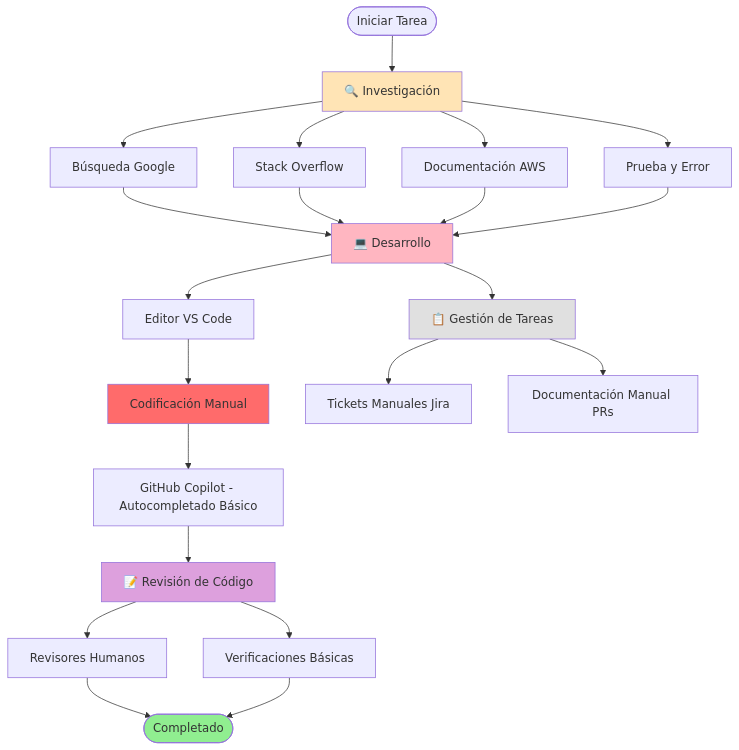
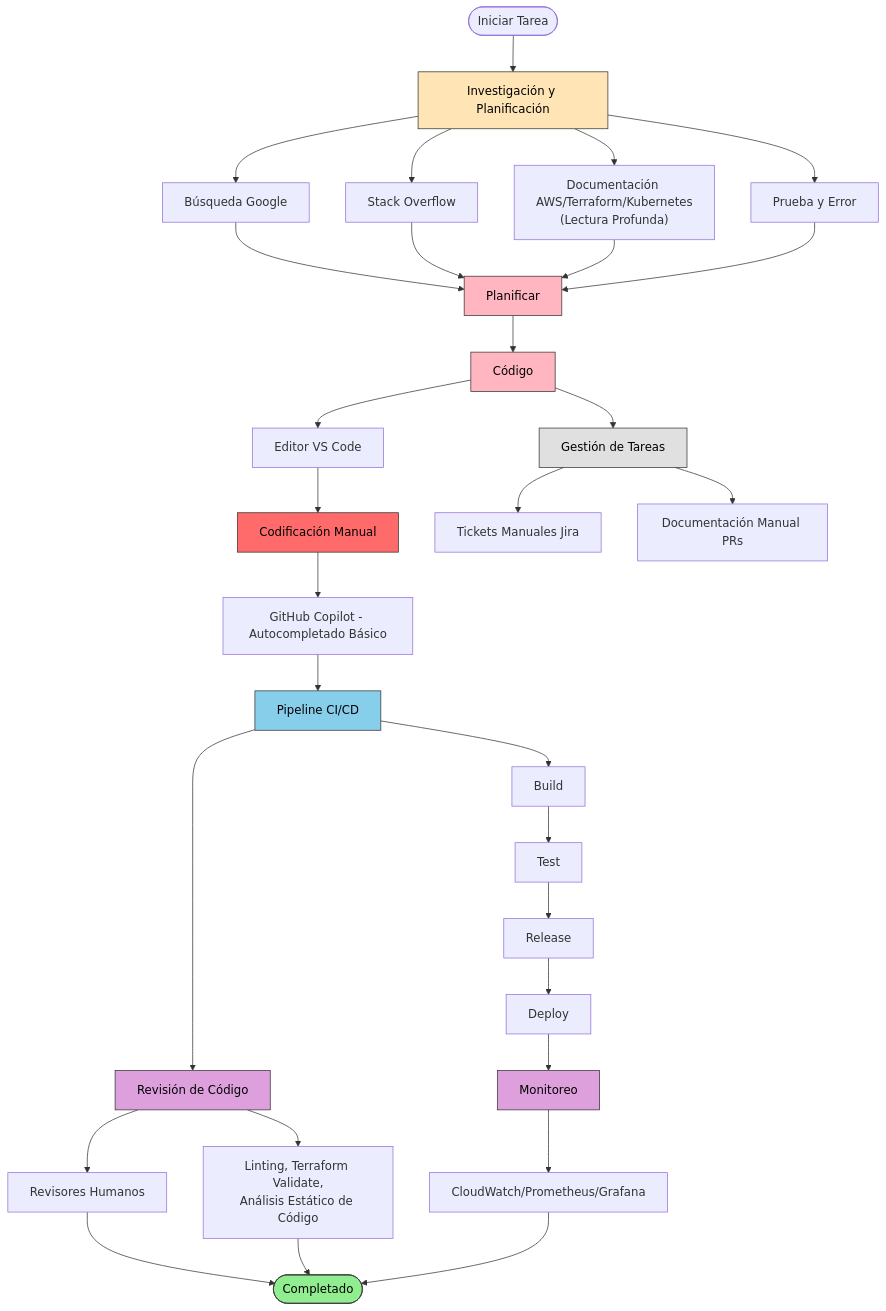
The first of 3 diagrams in content/posts/devops-workflow-evolution/index.es.md (carim07/carim-web), drawn with Mermaid before and after one commit. The commit also changed other lines of this file and 1 other file, not shown here.

Commit message:
Update AI Spanish post and fix diagrams

```diff
--- a/content/posts/devops-workflow-evolution/index.es.md
+++ b/content/posts/devops-workflow-evolution/index.es.md
@@ -38,35 +38,49 @@
 {{< mermaid >}}
 flowchart TD
-    Start([Iniciar Tarea]) --> Investigate["🔍 Investigación"]
+    Start([Iniciar Tarea]) --> Investigate["Investigación y Planificación"]
     Investigate --> Google[Búsqueda Google]
     Investigate --> StackOverflow[Stack Overflow]
-    Investigate --> Docs[Documentación AWS]
+    Investigate --> Docs["Documentación AWS/Terraform/Kubernetes<br/>(Lectura Profunda)"]
     Investigate --> Trial["Prueba y Error"]
     
-    Google --> Code["💻 Desarrollo"]
-    StackOverflow --> Code
-    Docs --> Code
-    Trial --> Code
+    Google --> Plan["Planificar"]
+    StackOverflow --> Plan
+    Docs --> Plan
+    Trial --> Plan
     
+    Plan --> Code["Código"]
     Code --> VSCode[Editor VS Code]
     VSCode --> Manual[Codificación Manual]
     Manual --> Copilot["GitHub Copilot - Autocompletado Básico"]
-    Copilot --> Review["📝 Revisión de Código"]
     
-    Code --> Tasks["📋 Gestión de Tareas"]
+    Copilot --> CICD["Pipeline CI/CD"]
+    CICD --> Build["Build"]
+    Build --> Test["Test"]
+    Test --> Release["Release"]
+    Release --> Deploy["Deploy"]
+    
+    Deploy --> Monitor["Monitoreo"]
+    Monitor --> CloudWatch["CloudWatch/Prometheus/Grafana"]
+    
+    Code --> Tasks["Gestión de Tareas"]
     Tasks --> ManualJira[Tickets Manuales Jira]
     Tasks --> ManualDocs[Documentación Manual PRs]
     
+    CICD --> Review["Revisión de Código"]
     Review --> HumanReview[Revisores Humanos]
-    Review --> BasicChecks[Verificaciones Básicas]
+    Review --> AutomatedChecks["Linting, Terraform Validate,<br/>Análisis Estático de Código"]
     
     HumanReview --> Done([Completado])
-    BasicChecks --> Done
+    AutomatedChecks --> Done
+    CloudWatch --> Done
     
-    style Investigate fill:#FFE4B5
-    style Code fill:#FFB6C1
-    style Tasks fill:#E0E0E0
-    style Review fill:#DDA0DD
-    style Manual fill:#FF6B6B
-    style Done fill:#90EE90
+    style Investigate fill:#FFE4B5,stroke:#333,color:#000
+    style Plan fill:#FFB6C1,stroke:#333,color:#000
+    style Code fill:#FFB6C1,stroke:#333,color:#000
+    style CICD fill:#87CEEB,stroke:#333,color:#000
+    style Monitor fill:#DDA0DD,stroke:#333,color:#000
+    style Tasks fill:#E0E0E0,stroke:#333,color:#000
+    style Review fill:#DDA0DD,stroke:#333,color:#000
+    style Manual fill:#FF6B6B,stroke:#333,color:#000
+    style Done fill:#90EE90,stroke:#333,color:#000
 {{< /mermaid >}}
```
